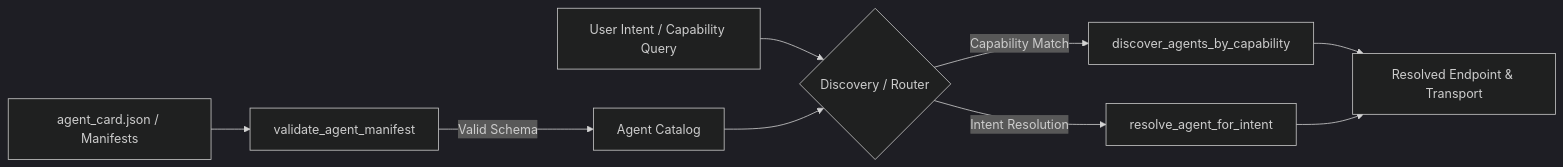
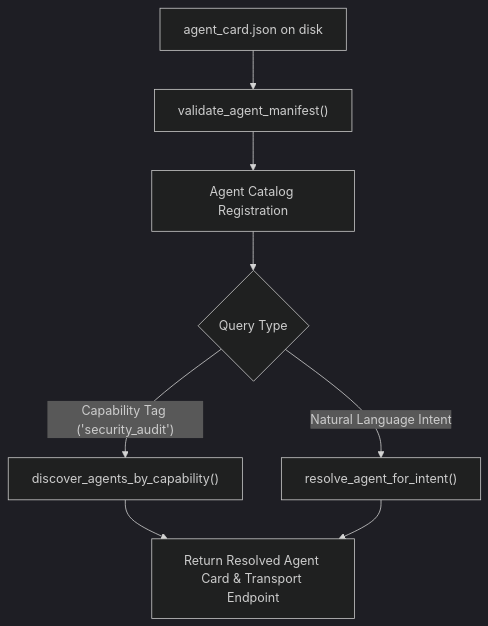
Before and after one commit to jacobbweber/AgenticAI-Labs: the diagram in education/14_two_agents/lab3_agent_card_manifest.md, drawn with Mermaid (dark theme). The commit also changed other lines of this file and 123 other files, not shown here.

````diff
--- a/education/14_two_agents/lab3_agent_card_manifest.md
+++ b/education/14_two_agents/lab3_agent_card_manifest.md
@@ -16,11 +20,9 @@
 ```mermaid
-flowchart LR
-    M["agent_card.json / Manifests"] --> V["validate_agent_manifest"]
-    V -->|"Valid Schema"| R["Agent Catalog"]
-    Q["User Intent / Capability Query"] --> D{"Discovery / Router"}
-    R --> D
-    D -->|"Capability Match"| A1["discover_agents_by_capability"]
-    D -->|"Intent Resolution"| A2["resolve_agent_for_intent"]
-    A1 --> EP["Resolved Endpoint & Transport"]
-    A2 --> EP
+flowchart TD
+    A["agent_card.json on disk"] --> B["validate_agent_manifest()"]
+    B --> C["Agent Catalog Registration"]
+    C --> D{"Query Type"}
+    D -->|"Capability Tag ('security_audit')"| E["discover_agents_by_capability()"]
+    D -->|"Natural Language Intent"| F["resolve_agent_for_intent()"]
+    E & F --> G["Return Resolved Agent Card & Transport Endpoint"]
 ```
````
